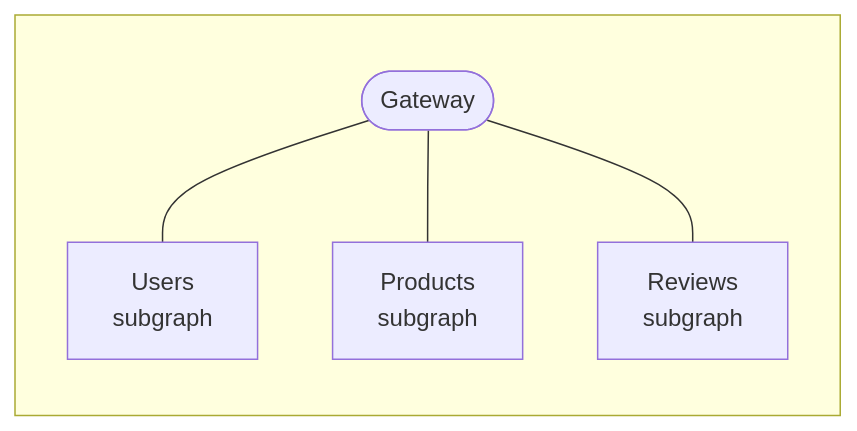
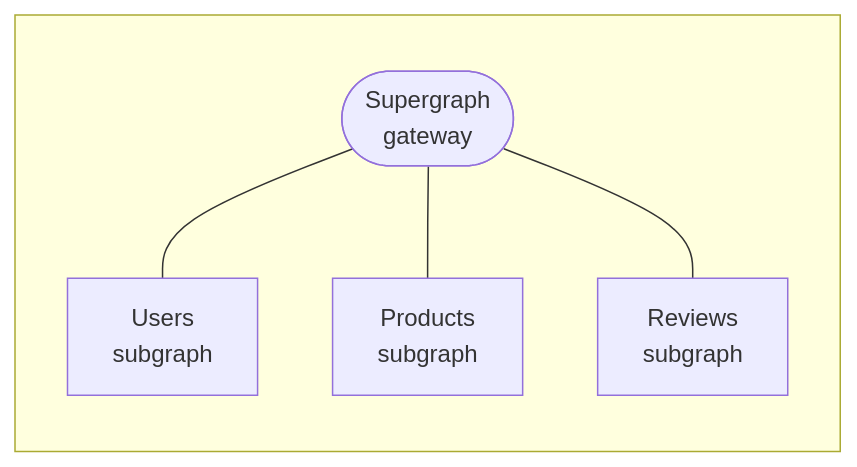
One commit to apollographql/federation changed the first of 8 diagrams in docs/source/index.mdx. Above: the diagram before and after it, drawn with Mermaid. The commit also changed other lines of this file and 4 other files, not shown here.

````diff
--- a/docs/source/index.mdx
+++ b/docs/source/index.mdx
@@ -23,10 +23,10 @@
 ```mermaid
 graph BT;
   subgraph " ";
-  gateway([Gateway]);
+  gateway([Supergraph<br/>gateway]);
   serviceA[Users<br/>subgraph];
   serviceB[Products<br/>subgraph];
   serviceC[Reviews<br/>subgraph];
   gateway --- serviceA & serviceB & serviceC;
   end;
 ```
````
